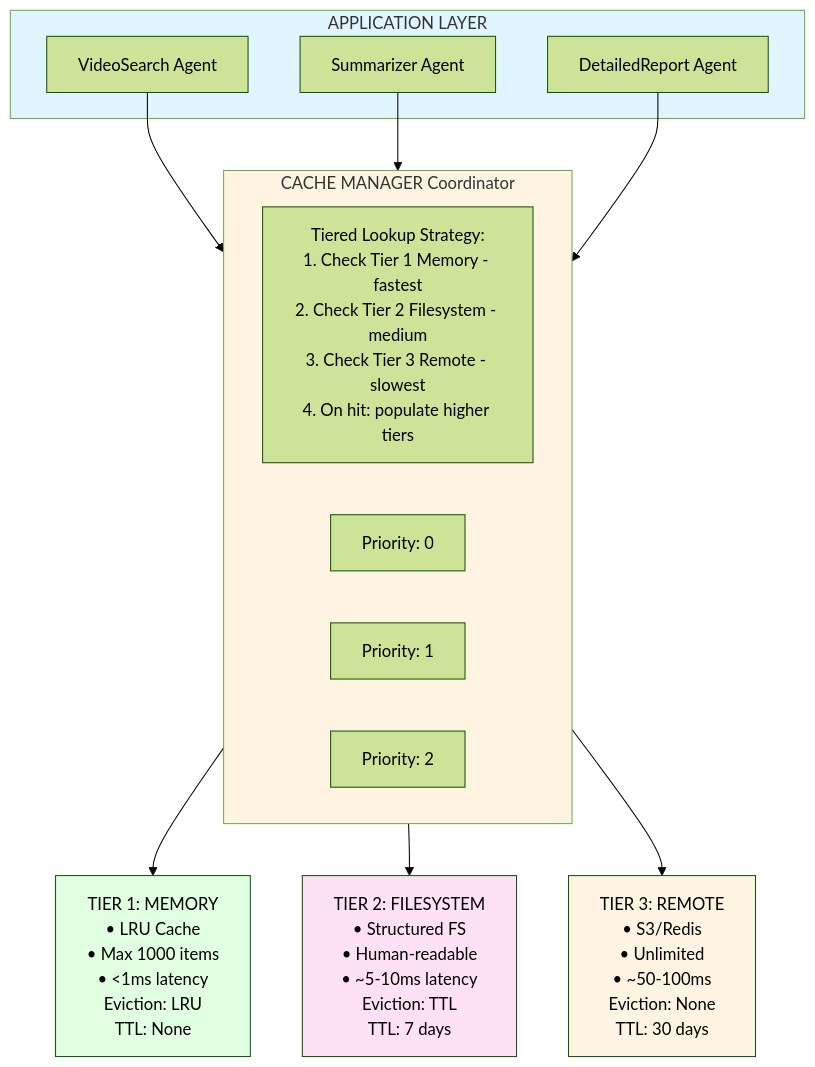
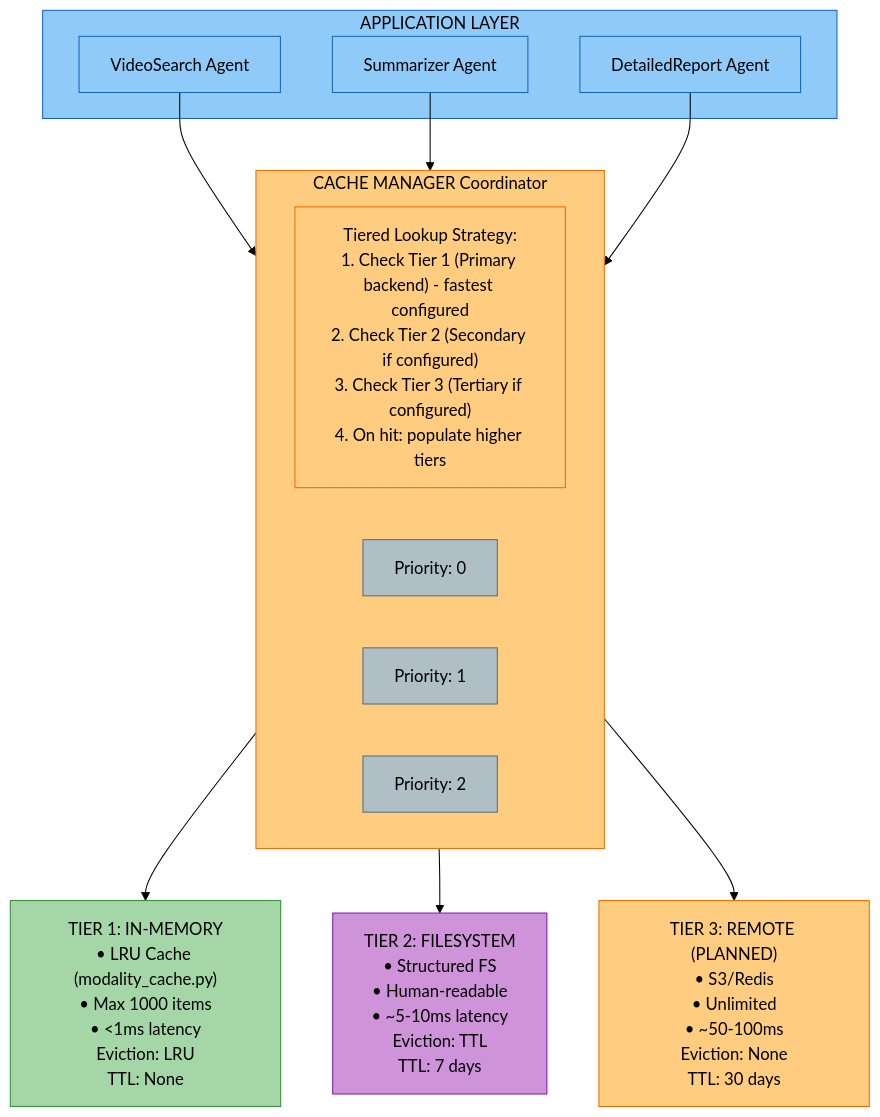
One commit to amit-jain/cogniverse changed the first of 6 diagrams in docs/modules/cache.md. Above: the diagram before and after it, drawn with Mermaid (forest theme). The commit also changed other lines of this file and 83 other files, not shown here.

First line of the commit message:
Fix documentation veracity, formatting, and diagrams across all modules

````diff
--- a/docs/modules/cache.md
+++ b/docs/modules/cache.md
@@ -98,32 +103,39 @@
 ```mermaid
-graph TB
-    subgraph APP[APPLICATION LAYER]
-        VSA[VideoSearch Agent]
-        SA[Summarizer Agent]
-        DRA[DetailedReport Agent]
+flowchart TB
+    subgraph APP["<span style='color:#000'>APPLICATION LAYER</span>"]
+        VSA["<span style='color:#000'>VideoSearch Agent</span>"]
+        SA["<span style='color:#000'>Summarizer Agent</span>"]
+        DRA["<span style='color:#000'>DetailedReport Agent</span>"]
     end
 
-    subgraph CM[CACHE MANAGER Coordinator]
-        STRAT[Tiered Lookup Strategy:<br/>1. Check Tier 1 Memory - fastest<br/>2. Check Tier 2 Filesystem - medium<br/>3. Check Tier 3 Remote - slowest<br/>4. On hit: populate higher tiers]
-        P0[Priority: 0]
-        P1[Priority: 1]
-        P2[Priority: 2]
+    subgraph CM["<span style='color:#000'>CACHE MANAGER Coordinator</span>"]
+        STRAT["<span style='color:#000'>Tiered Lookup Strategy:<br/>1. Check Tier 1 (Primary backend) - fastest configured<br/>2. Check Tier 2 (Secondary if configured)<br/>3. Check Tier 3 (Tertiary if configured)<br/>4. On hit: populate higher tiers</span>"]
+        P0["<span style='color:#000'>Priority: 0</span>"]
+        P1["<span style='color:#000'>Priority: 1</span>"]
+        P2["<span style='color:#000'>Priority: 2</span>"]
     end
 
-    T1[TIER 1: MEMORY<br/>• LRU Cache<br/>• Max 1000 items<br/>• <1ms latency<br/>Eviction: LRU<br/>TTL: None]
-    T2[TIER 2: FILESYSTEM<br/>• Structured FS<br/>• Human-readable<br/>• ~5-10ms latency<br/>Eviction: TTL<br/>TTL: 7 days]
-    T3[TIER 3: REMOTE<br/>• S3/Redis<br/>• Unlimited<br/>• ~50-100ms<br/>Eviction: None<br/>TTL: 30 days]
+    T1["<span style='color:#000'>TIER 1: IN-MEMORY<br/>• LRU Cache (modality_cache.py)<br/>• Max 1000 items<br/>• <1ms latency<br/>Eviction: LRU<br/>TTL: None</span>"]
+    T2["<span style='color:#000'>TIER 2: FILESYSTEM<br/>• Structured FS<br/>• Human-readable<br/>• ~5-10ms latency<br/>Eviction: TTL<br/>TTL: 7 days</span>"]
+    T3["<span style='color:#000'>TIER 3: REMOTE (PLANNED)<br/>• S3/Redis<br/>• Unlimited<br/>• ~50-100ms<br/>Eviction: None<br/>TTL: 30 days</span>"]
 
     VSA --> CM
     SA --> CM
     DRA --> CM
     CM --> T1
     CM --> T2
     CM --> T3
 
-    style APP fill:#e1f5ff
-    style CM fill:#fff4e1
-    style T1 fill:#e1ffe1
-    style T2 fill:#ffe1f5
-    style T3 fill:#fff4e1
+    style APP fill:#90caf9,stroke:#1565c0,color:#000
+    style CM fill:#ffcc80,stroke:#ef6c00,color:#000
+    style T1 fill:#a5d6a7,stroke:#388e3c,color:#000
+    style T2 fill:#ce93d8,stroke:#7b1fa2,color:#000
+    style T3 fill:#ffcc80,stroke:#ef6c00,color:#000
+    style VSA fill:#90caf9,stroke:#1565c0,color:#000
+    style SA fill:#90caf9,stroke:#1565c0,color:#000
+    style DRA fill:#90caf9,stroke:#1565c0,color:#000
+    style STRAT fill:#ffcc80,stroke:#ef6c00,color:#000
+    style P0 fill:#b0bec5,stroke:#546e7a,color:#000
+    style P1 fill:#b0bec5,stroke:#546e7a,color:#000
+    style P2 fill:#b0bec5,stroke:#546e7a,color:#000
 ```
````
